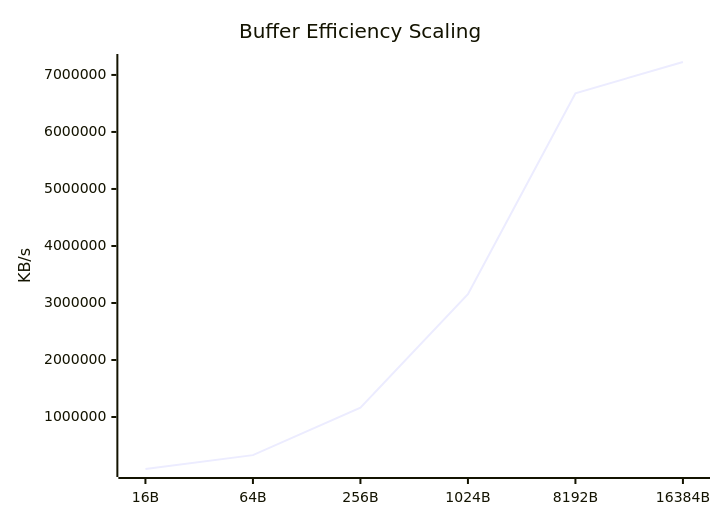
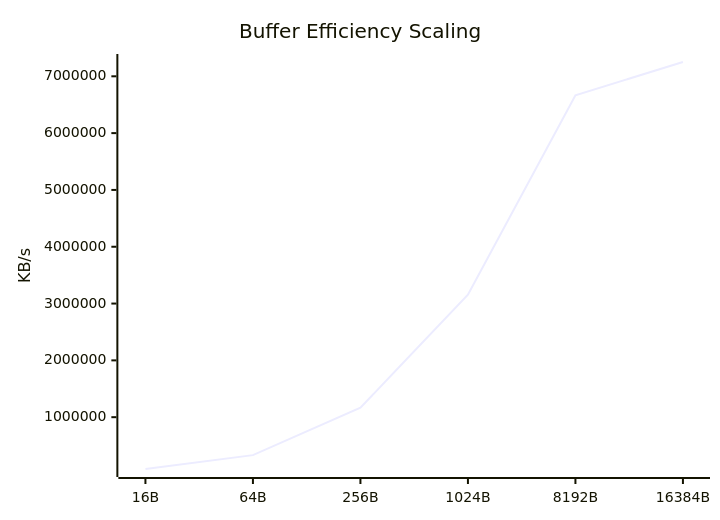
One commit to taha2samy/openssl_fips changed the sixth of 9 diagrams in docs/Comparison_Report.md. Above: the diagram before and after it, drawn with Mermaid. The commit also changed other lines of this file and 2 other files, not shown here.

````diff
--- a/docs/Comparison_Report.md
+++ b/docs/Comparison_Report.md
@@ -102,7 +102,7 @@
 ```mermaid
 xychart-beta
     title "Buffer Efficiency Scaling"
     x-axis [16B, 64B, 256B, 1024B, 8192B, 16384B]
     y-axis "KB/s"
-    line [88103.68, 331516.29, 1163165.8, 3155495.42, 6677968.49, 7226982.4]
+    line [88035.38, 332267.42, 1166006.07, 3156464.13, 6665139.81, 7251800.88]
 ```
````
